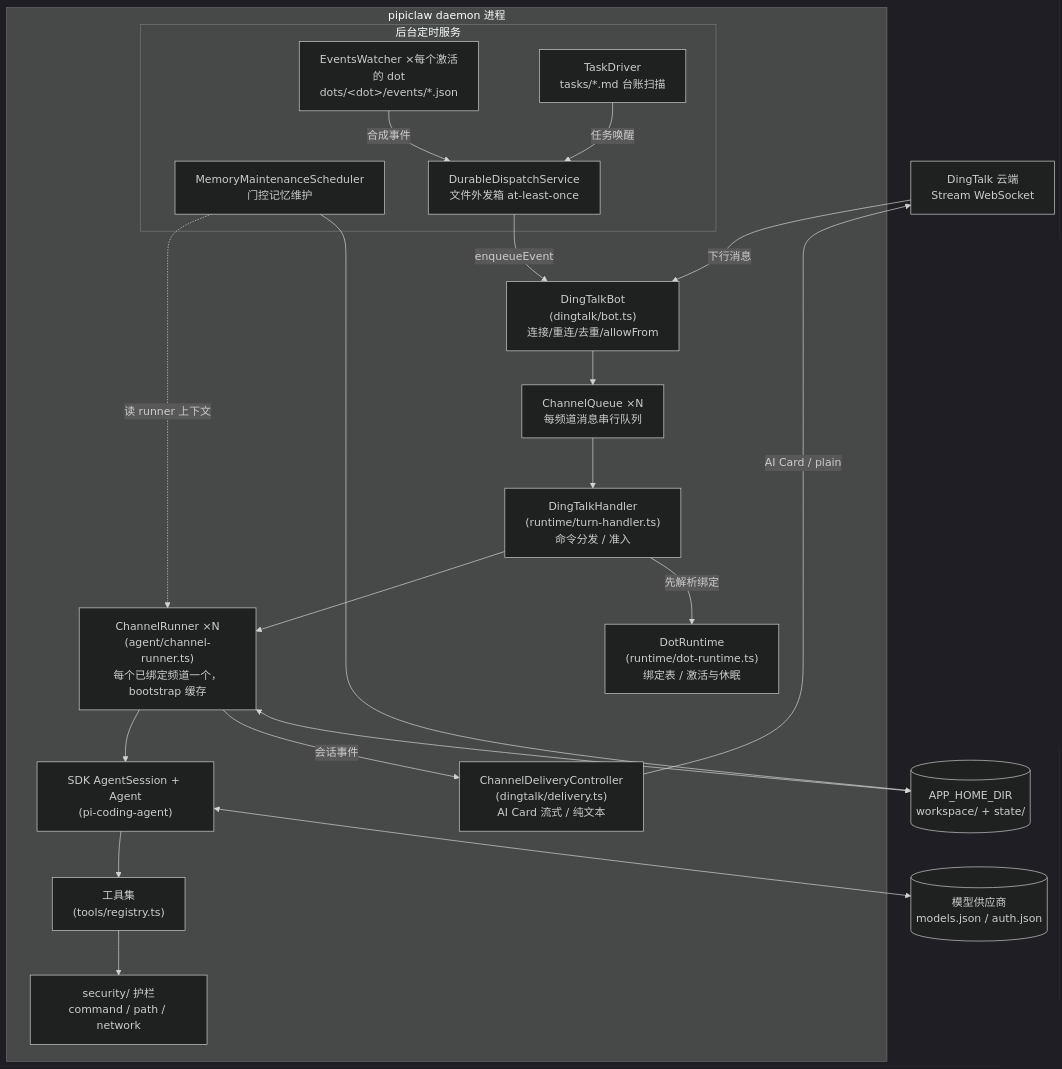
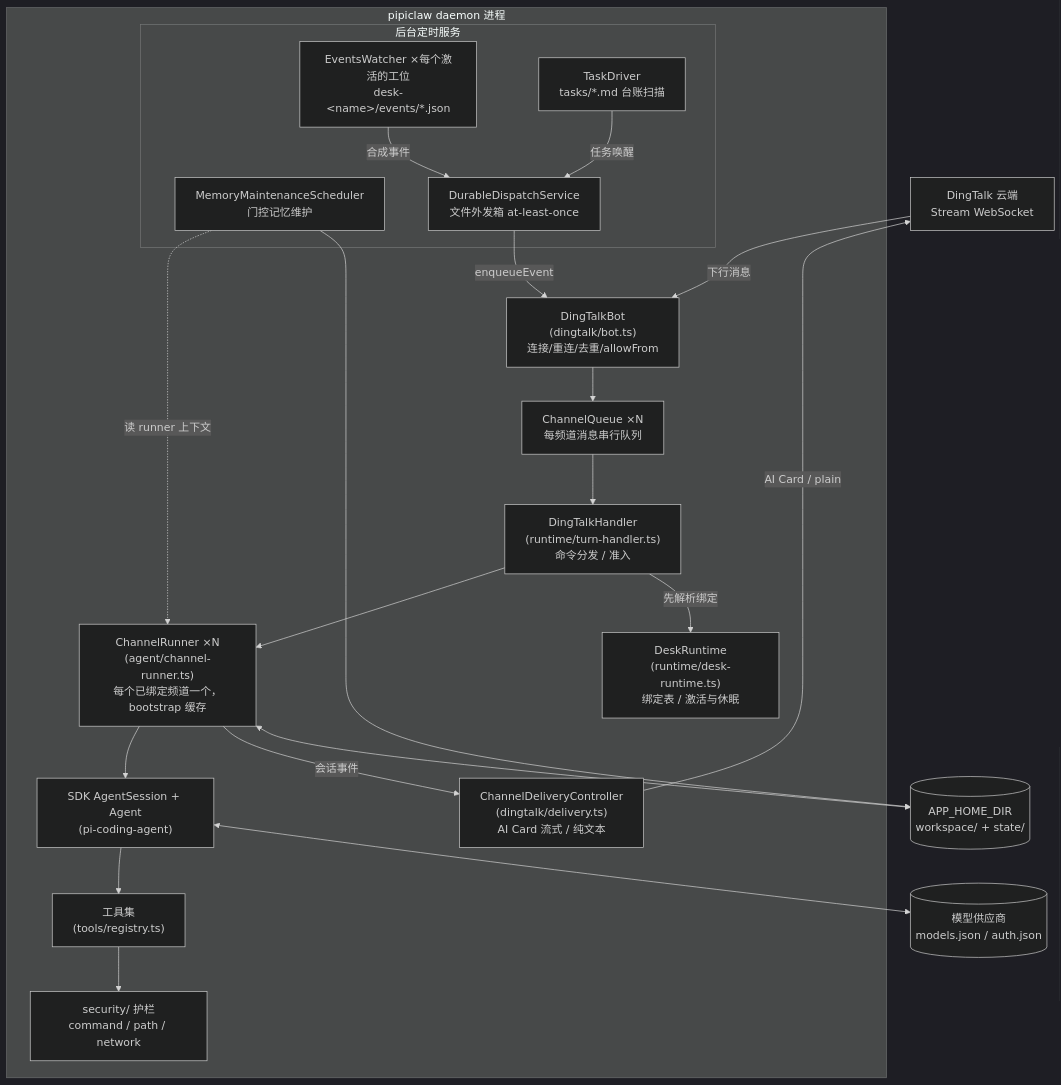
The first of 4 diagrams in docs/architecture.md (oyasmi/pipiclaw), drawn with Mermaid (dark theme) before and after one commit. The commit also changed other lines of this file and 268 other files, not shown here.

````diff
--- a/docs/architecture.md
+++ b/docs/architecture.md
@@ -64,38 +64,38 @@
 ```mermaid
 flowchart TB
     DT[DingTalk 云端<br/>Stream WebSocket]
 
     subgraph daemon [pipiclaw daemon 进程]
         BOT["DingTalkBot<br/>(dingtalk/bot.ts)<br/>连接/重连/去重/allowFrom"]
         CQ["ChannelQueue ×N<br/>每频道消息串行队列"]
         HANDLER["DingTalkHandler<br/>(runtime/turn-handler.ts)<br/>命令分发 / 准入"]
-        DOTS["DotRuntime<br/>(runtime/dot-runtime.ts)<br/>绑定表 / 激活与休眠"]
+        DESKS["DeskRuntime<br/>(runtime/desk-runtime.ts)<br/>绑定表 / 激活与休眠"]
         RUNNER["ChannelRunner ×N<br/>(agent/channel-runner.ts)<br/>每个已绑定频道一个，bootstrap 缓存"]
         SESSION["SDK AgentSession + Agent<br/>(pi-coding-agent)"]
         TOOLS["工具集<br/>(tools/registry.ts)"]
         SEC["security/ 护栏<br/>command / path / network"]
         DELIVERY["ChannelDeliveryController<br/>(dingtalk/delivery.ts)<br/>AI Card 流式 / 纯文本"]
 
         subgraph bg [后台定时服务]
-            EW["EventsWatcher ×每个激活的 dot<br/>dots/&lt;dot&gt;/events/*.json"]
+            EW["EventsWatcher ×每个激活的工位<br/>desk-&lt;name&gt;/events/*.json"]
             TD["TaskDriver<br/>tasks/*.md 台账扫描"]
             MMS["MemoryMaintenanceScheduler<br/>门控记忆维护"]
             DD["DurableDispatchService<br/>文件外发箱 at-least-once"]
         end
     end
 
     LLM[(模型供应商<br/>models.json / auth.json)]
     FS[(APP_HOME_DIR<br/>workspace/ + state/)]
 
     DT -->|下行消息| BOT --> CQ --> HANDLER --> RUNNER --> SESSION
-    HANDLER -->|先解析绑定| DOTS
+    HANDLER -->|先解析绑定| DESKS
     SESSION --> TOOLS --> SEC
     SESSION <--> LLM
     RUNNER -->|会话事件| DELIVERY -->|AI Card / plain| DT
     EW -->|合成事件| DD
     TD -->|任务唤醒| DD
     DD -->|enqueueEvent| BOT
     MMS -.->|读 runner 上下文| RUNNER
     MMS --> FS
     RUNNER <--> FS
 ```
````
